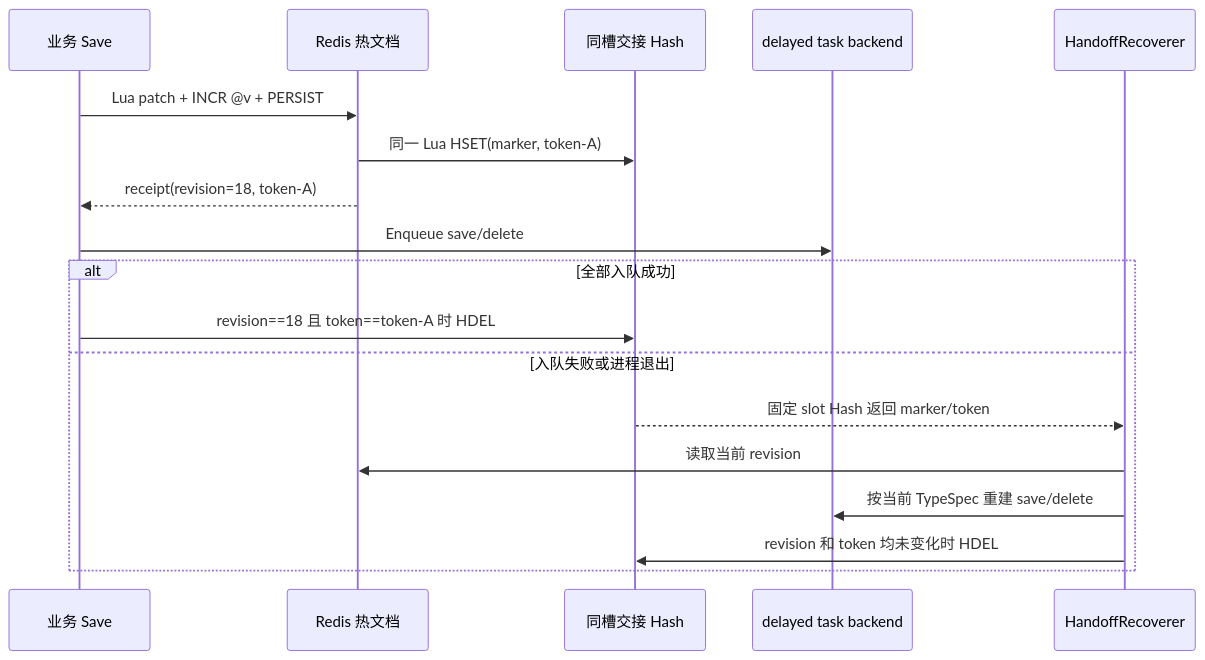
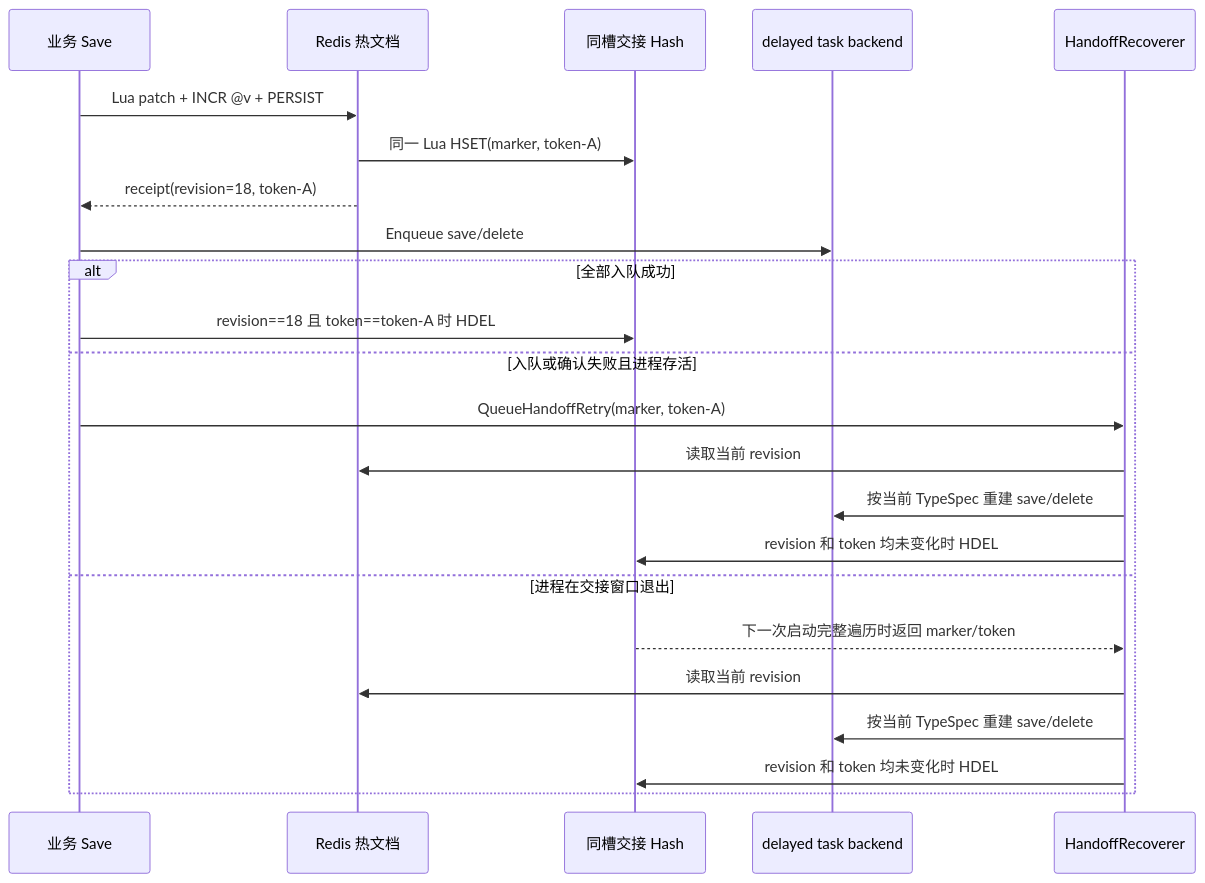
The first of 2 diagrams in docs/design.md (ngnl47/tx), drawn with Mermaid before and after one commit. The commit also changed other lines of this file and 13 other files, not shown here.

````diff
--- a/docs/design.md
+++ b/docs/design.md
@@ -1121,21 +1121,26 @@
 ```mermaid
 sequenceDiagram
     participant B as 业务 Save
     participant R as Redis 热文档
     participant H as 同槽交接 Hash
     participant Q as delayed task backend
     participant W as HandoffRecoverer
 
     B->>R: Lua patch + INCR @v + PERSIST
     R->>H: 同一 Lua HSET(marker, token-A)
     R-->>B: receipt(revision=18, token-A)
     B->>Q: Enqueue save/delete
     alt 全部入队成功
         B->>H: revision==18 且 token==token-A 时 HDEL
-    else 入队失败或进程退出
-        H-->>W: 固定 slot Hash 返回 marker/token
+    else 入队或确认失败且进程存活
+        B->>W: QueueHandoffRetry(marker, token-A)
+        W->>R: 读取当前 revision
+        W->>Q: 按当前 TypeSpec 重建 save/delete
+        W->>H: revision 和 token 均未变化时 HDEL
+    else 进程在交接窗口退出
+        H-->>W: 下一次启动完整遍历时返回 marker/token
         W->>R: 读取当前 revision
         W->>Q: 按当前 TypeSpec 重建 save/delete
         W->>H: revision 和 token 均未变化时 HDEL
     end
 ```
````
